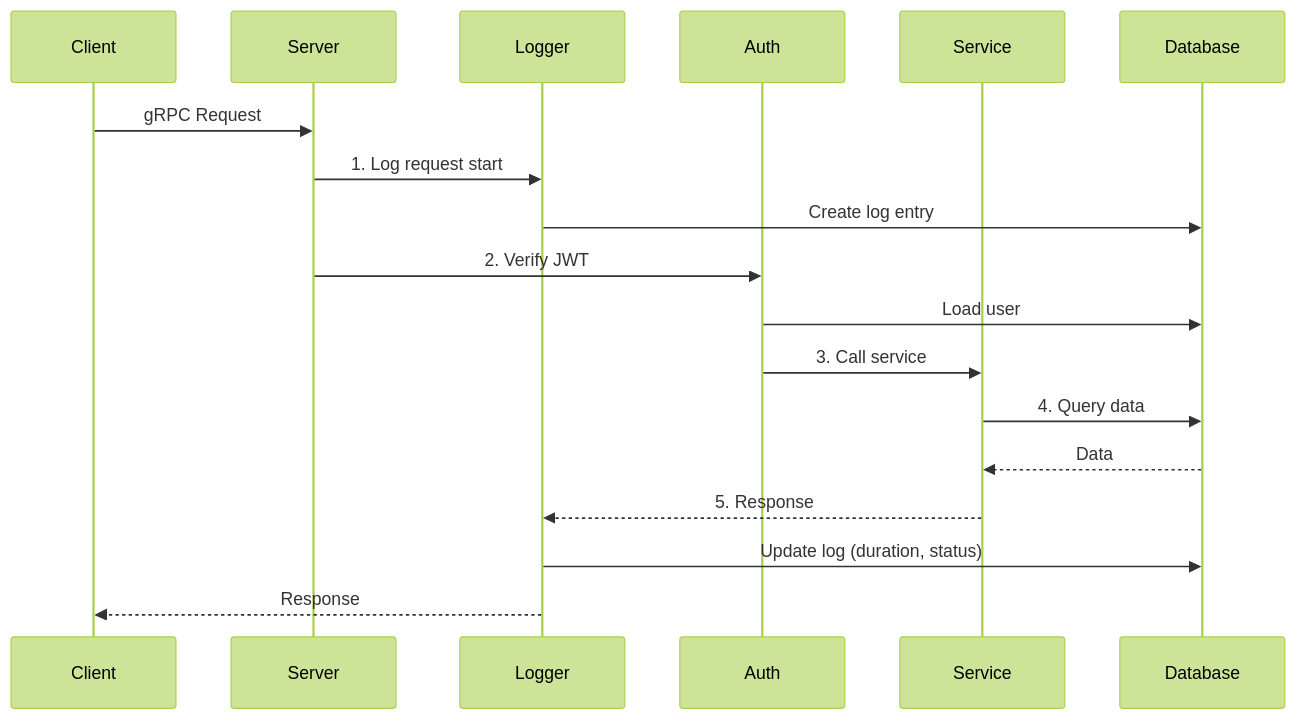
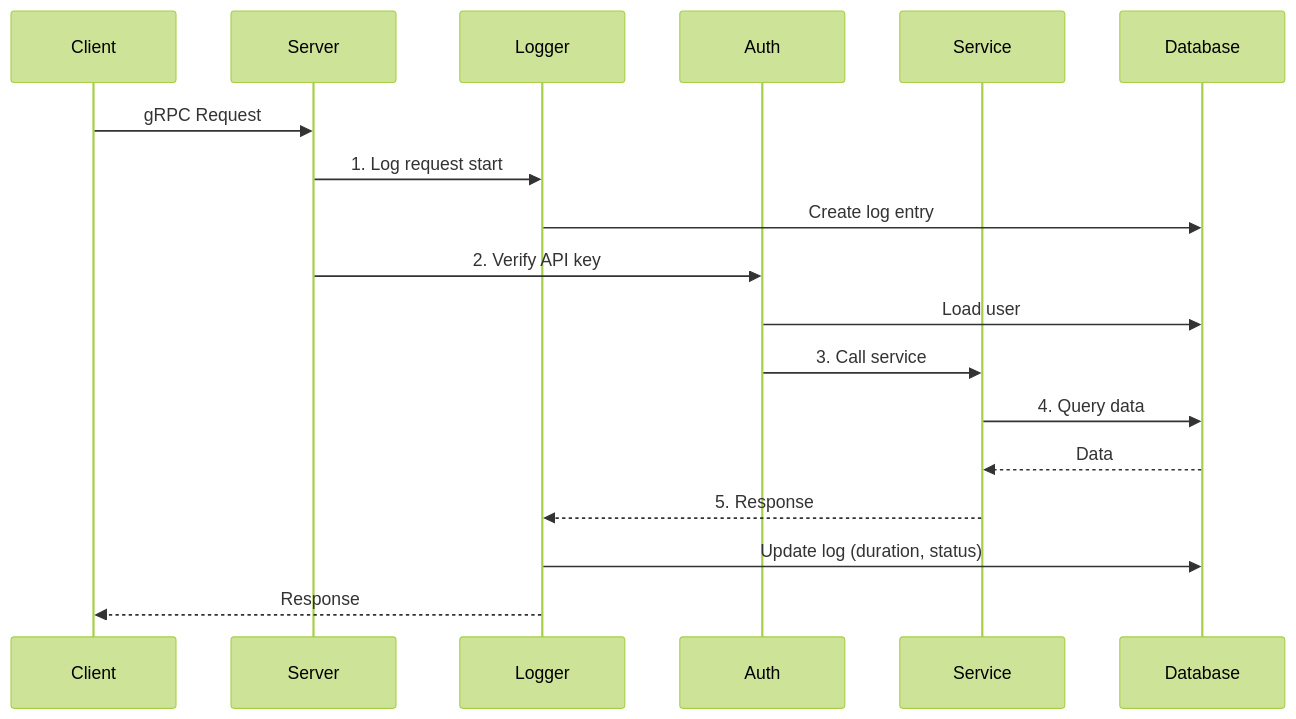
The fifth of 7 diagrams in docs/features/integrations/grpc/index.md (markolofsen/django-cfg), drawn with Mermaid (forest theme) before and after one commit. The commit also changed other lines of this file and 41 other files, not shown here.

````diff
--- a/docs/features/integrations/grpc/index.md
+++ b/docs/features/integrations/grpc/index.md
@@ -426,21 +427,21 @@
 ```mermaid
 sequenceDiagram
     participant C as Client
     participant S as Server
     participant L as Logger
     participant A as Auth
     participant SV as Service
     participant DB as Database
 
     C->>S: gRPC Request
     S->>L: 1. Log request start
     L->>DB: Create log entry
-    S->>A: 2. Verify JWT
+    S->>A: 2. Verify API key
     A->>DB: Load user
     A->>SV: 3. Call service
     SV->>DB: 4. Query data
     DB-->>SV: Data
     SV-->>L: 5. Response
     L->>DB: Update log (duration, status)
     L-->>C: Response
 ```
````
